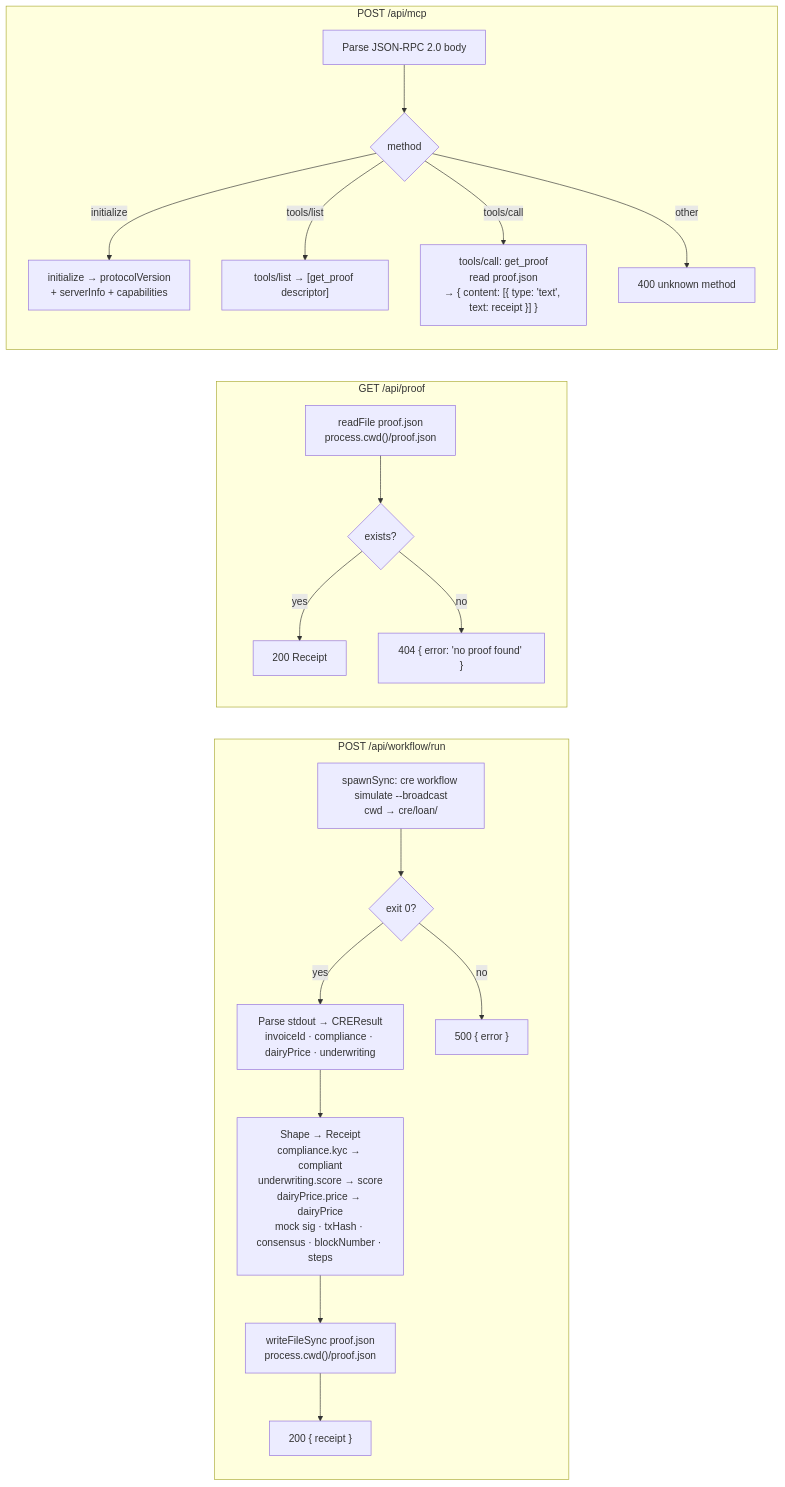
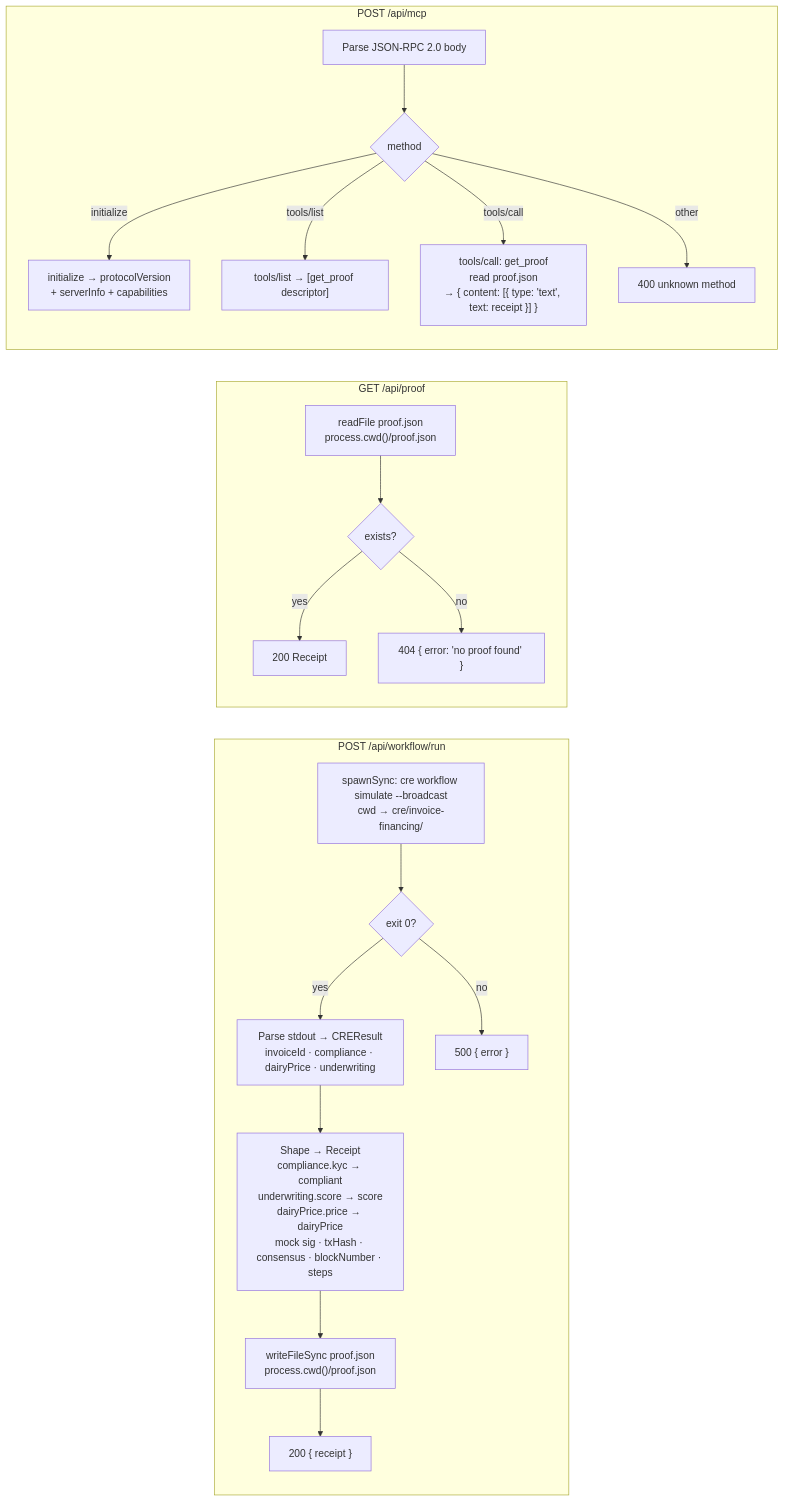
Before and after one commit to orbbit-tech/openpop: the diagram in specs/m0-mvp/03-integration/TECH-181-studio-app-api-routes/spec.md, drawn with Mermaid. The commit also changed other lines of this file and 12 other files, not shown here.

````diff
--- a/specs/m0-mvp/03-integration/TECH-181-studio-app-api-routes/spec.md
+++ b/specs/m0-mvp/03-integration/TECH-181-studio-app-api-routes/spec.md
@@ -21,39 +21,39 @@
 ```mermaid
 flowchart LR
   subgraph RUN["POST /api/workflow/run"]
-    R1["spawnSync: cre workflow simulate --broadcast\ncwd → cre/loan/"]
+    R1["spawnSync: cre workflow simulate --broadcast\ncwd → cre/invoice-financing/"]
     R2{"exit 0?"}
     R3["Parse stdout → CREResult\ninvoiceId · compliance · dairyPrice · underwriting"]
     R4["Shape → Receipt\ncompliance.kyc → compliant\nunderwriting.score → score\ndairyPrice.price → dairyPrice\nmock sig · txHash · consensus · blockNumber · steps"]
     R5["writeFileSync proof.json\nprocess.cwd()/proof.json"]
     R6["200 { receipt }"]
     R7["500 { error }"]
     R1 --> R2
     R2 -- "yes" --> R3 --> R4 --> R5 --> R6
     R2 -- "no" --> R7
   end
 
   subgraph PROOF["GET /api/proof"]
     P1["readFile proof.json\nprocess.cwd()/proof.json"]
     P2{"exists?"}
     P3["200 Receipt"]
     P4["404 { error: 'no proof found' }"]
     P1 --> P2
     P2 -- "yes" --> P3
     P2 -- "no" --> P4
   end
 
   subgraph MCP["POST /api/mcp"]
     M1["Parse JSON-RPC 2.0 body"]
     M2{"method"}
     M3["initialize → protocolVersion\n+ serverInfo + capabilities"]
     M4["tools/list → [get_proof descriptor]"]
     M5["tools/call: get_proof\nread proof.json\n→ { content: [{ type: 'text', text: receipt }] }"]
     M6["400 unknown method"]
     M1 --> M2
     M2 -- "initialize" --> M3
     M2 -- "tools/list" --> M4
     M2 -- "tools/call" --> M5
     M2 -- "other" --> M6
   end
 ```
````
